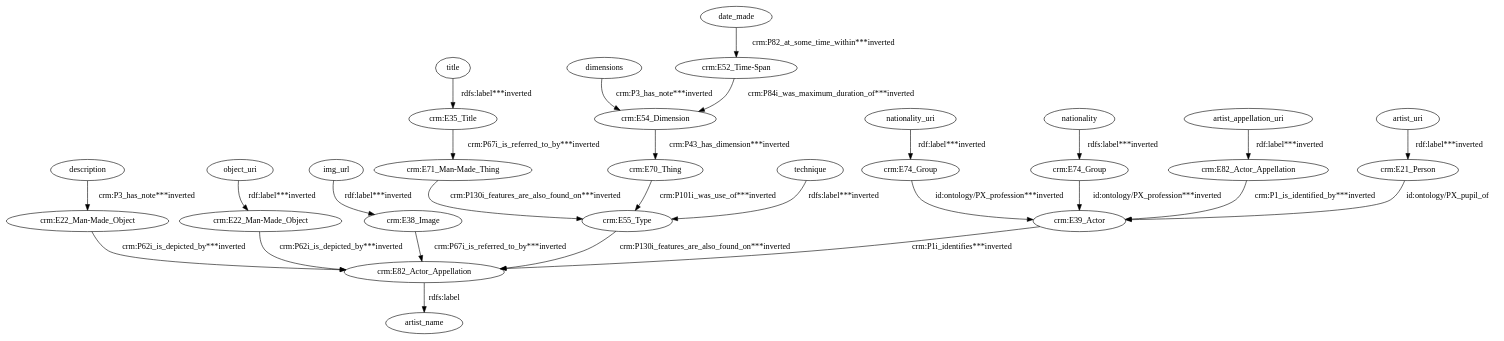
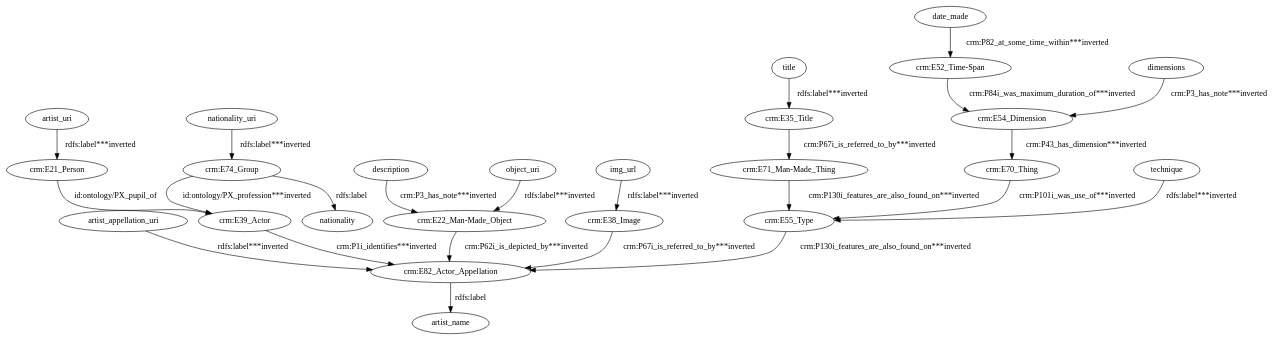
The diagram in data/taheriyan2016/task_01/semantic_models/steiner/dot/s12-s-19-artworks.dot (giuseppefutia/semi), drawn with Graphviz before and after one commit. The commit also changed 223 other files, not shown here.

```diff
--- a/data/taheriyan2016/task_01/semantic_models/steiner/dot/s12-s-19-artworks.dot
+++ b/data/taheriyan2016/task_01/semantic_models/steiner/dot/s12-s-19-artworks.dot
@@ -1,55 +1,49 @@
 digraph {
   artist_appellation_uri [type=attribute_name,label=artist_appellation_uri]
   "crm:E82_Actor_Appellation1" [type=class_uri,label="crm:E82_Actor_Appellation"]
   artist_uri [type=attribute_name,label=artist_uri]
   "crm:E21_Person1" [type=class_uri,label="crm:E21_Person"]
   "crm:E39_Actor" [type=class_uri,label="crm:E39_Actor"]
   "crm:E22_Man-Made_Object1" [type=class_uri,label="crm:E22_Man-Made_Object"]
-  "crm:E82_Actor_Appellation2" [type=class_uri,label="crm:E82_Actor_Appellation"]
-  "crm:E22_Man-Made_Object2" [type=class_uri,label="crm:E22_Man-Made_Object"]
   "crm:E35_Title1" [type=class_uri,label="crm:E35_Title"]
   "crm:E71_Man-Made_Thing" [type=class_uri,label="crm:E71_Man-Made_Thing"]
   "crm:E38_Image1" [type=class_uri,label="crm:E38_Image"]
   "crm:E52_Time-Span1" [type=class_uri,label="crm:E52_Time-Span"]
   "crm:E54_Dimension1" [type=class_uri,label="crm:E54_Dimension"]
   "crm:E70_Thing" [type=class_uri,label="crm:E70_Thing"]
   "crm:E55_Type1" [type=class_uri,label="crm:E55_Type"]
   "crm:E74_Group1" [type=class_uri,label="crm:E74_Group"]
-  "crm:E74_Group2" [type=class_uri,label="crm:E74_Group"]
+  nationality [type=attribute_name,label=nationality]
   artist_name [type=attribute_name,label=artist_name]
   date_made [type=attribute_name,label=date_made]
   description [type=attribute_name,label=description]
   dimensions [type=attribute_name,label=dimensions]
   img_url [type=attribute_name,label=img_url]
-  nationality [type=attribute_name,label=nationality]
   nationality_uri [type=attribute_name,label=nationality_uri]
   object_uri [type=attribute_name,label=object_uri]
   technique [type=attribute_name,label=technique]
   title [type=attribute_name,label=title]
-  artist_appellation_uri -> "crm:E82_Actor_Appellation1" [type=st_property_uri,label="rdf:label***inverted"]
-  artist_uri -> "crm:E21_Person1" [type=st_property_uri,label="rdf:label***inverted"]
-  "crm:E21_Person1" -> "crm:E39_Actor" [label="id:ontology/PX_pupil_of",type=direct_property_uri]
-  "crm:E22_Man-Made_Object1" -> "crm:E82_Actor_Appellation2" [type=inherited,label="crm:P62i_is_depicted_by***inverted"]
-  "crm:E22_Man-Made_Object2" -> "crm:E82_Actor_Appellation2" [type=inherited,label="crm:P62i_is_depicted_by***inverted"]
-  "crm:E35_Title1" -> "crm:E71_Man-Made_Thing" [type=inherited,label="crm:P67i_is_referred_to_by***inverted"]
-  "crm:E38_Image1" -> "crm:E82_Actor_Appellation2" [type=inherited,label="crm:P67i_is_referred_to_by***inverted"]
-  "crm:E39_Actor" -> "crm:E82_Actor_Appellation2" [type=inherited,label="crm:P1i_identifies***inverted"]
-  "crm:E52_Time-Span1" -> "crm:E54_Dimension1" [type=direct_property_uri,label="crm:P84i_was_maximum_duration_of***inverted"]
-  "crm:E54_Dimension1" -> "crm:E70_Thing" [type=direct_property_uri,label="crm:P43_has_dimension***inverted"]
-  "crm:E55_Type1" -> "crm:E82_Actor_Appellation2" [type=inherited,label="crm:P130i_features_are_also_found_on***inverted"]
-  "crm:E70_Thing" -> "crm:E55_Type1" [type=direct_property_uri,label="crm:P101i_was_use_of***inverted"]
-  "crm:E71_Man-Made_Thing" -> "crm:E55_Type1" [type=inherited,label="crm:P130i_features_are_also_found_on***inverted"]
-  "crm:E74_Group1" -> "crm:E39_Actor" [type=direct_property_uri,label="id:ontology/PX_profession***inverted"]
-  "crm:E74_Group2" -> "crm:E39_Actor" [type=direct_property_uri,label="id:ontology/PX_profession***inverted"]
-  "crm:E82_Actor_Appellation1" -> "crm:E39_Actor" [type=inherited,label="crm:P1_is_identified_by***inverted"]
-  "crm:E82_Actor_Appellation2" -> artist_name [label="rdfs:label",type=st_property_uri]
-  date_made -> "crm:E52_Time-Span1" [type=st_property_uri,label="crm:P82_at_some_time_within***inverted"]
-  description -> "crm:E22_Man-Made_Object1" [type=st_property_uri,label="crm:P3_has_note***inverted"]
-  dimensions -> "crm:E54_Dimension1" [type=st_property_uri,label="crm:P3_has_note***inverted"]
-  img_url -> "crm:E38_Image1" [type=st_property_uri,label="rdf:label***inverted"]
-  nationality -> "crm:E74_Group2" [type=st_property_uri,label="rdfs:label***inverted"]
-  nationality_uri -> "crm:E74_Group1" [type=st_property_uri,label="rdf:label***inverted"]
-  object_uri -> "crm:E22_Man-Made_Object2" [type=st_property_uri,label="rdf:label***inverted"]
-  technique -> "crm:E55_Type1" [type=st_property_uri,label="rdfs:label***inverted"]
-  title -> "crm:E35_Title1" [type=st_property_uri,label="rdfs:label***inverted"]
+  artist_appellation_uri -> "crm:E82_Actor_Appellation1" [type=st_property_uri,label="rdfs:label***inverted",weight=1]
+  artist_uri -> "crm:E21_Person1" [type=st_property_uri,label="rdfs:label***inverted",weight=1]
+  "crm:E21_Person1" -> "crm:E39_Actor" [label="id:ontology/PX_pupil_of",type=direct_property_uri,weight=1]
+  "crm:E22_Man-Made_Object1" -> "crm:E82_Actor_Appellation1" [type=inherited,label="crm:P62i_is_depicted_by***inverted",weight=4]
+  "crm:E35_Title1" -> "crm:E71_Man-Made_Thing" [type=inherited,label="crm:P67i_is_referred_to_by***inverted",weight=4]
+  "crm:E38_Image1" -> "crm:E82_Actor_Appellation1" [type=inherited,label="crm:P67i_is_referred_to_by***inverted",weight=4]
+  "crm:E39_Actor" -> "crm:E82_Actor_Appellation1" [type=inherited,label="crm:P1i_identifies***inverted",weight=4]
+  "crm:E52_Time-Span1" -> "crm:E54_Dimension1" [type=direct_property_uri,label="crm:P84i_was_maximum_duration_of***inverted",weight=1]
+  "crm:E54_Dimension1" -> "crm:E70_Thing" [type=direct_property_uri,label="crm:P43_has_dimension***inverted",weight=1]
+  "crm:E55_Type1" -> "crm:E82_Actor_Appellation1" [type=inherited,label="crm:P130i_features_are_also_found_on***inverted",weight=4]
+  "crm:E70_Thing" -> "crm:E55_Type1" [type=direct_property_uri,label="crm:P101i_was_use_of***inverted",weight=1]
+  "crm:E71_Man-Made_Thing" -> "crm:E55_Type1" [type=inherited,label="crm:P130i_features_are_also_found_on***inverted",weight=4]
+  "crm:E74_Group1" -> "crm:E39_Actor" [type=direct_property_uri,label="id:ontology/PX_profession***inverted",weight=1]
+  "crm:E74_Group1" -> nationality [label="rdfs:label",type=st_property_uri]
+  "crm:E82_Actor_Appellation1" -> artist_name [label="rdfs:label",type=st_property_uri]
+  date_made -> "crm:E52_Time-Span1" [type=st_property_uri,label="crm:P82_at_some_time_within***inverted",weight=1]
+  description -> "crm:E22_Man-Made_Object1" [type=st_property_uri,label="crm:P3_has_note***inverted",weight=1]
+  dimensions -> "crm:E54_Dimension1" [type=st_property_uri,label="crm:P3_has_note***inverted",weight=1]
+  img_url -> "crm:E38_Image1" [type=st_property_uri,label="rdfs:label***inverted",weight=1]
+  nationality_uri -> "crm:E74_Group1" [type=st_property_uri,label="rdfs:label***inverted",weight=1]
+  object_uri -> "crm:E22_Man-Made_Object1" [type=st_property_uri,label="rdfs:label***inverted",weight=1]
+  technique -> "crm:E55_Type1" [type=st_property_uri,label="rdfs:label***inverted",weight=1]
+  title -> "crm:E35_Title1" [type=st_property_uri,label="rdfs:label***inverted",weight=1]
 }
```
